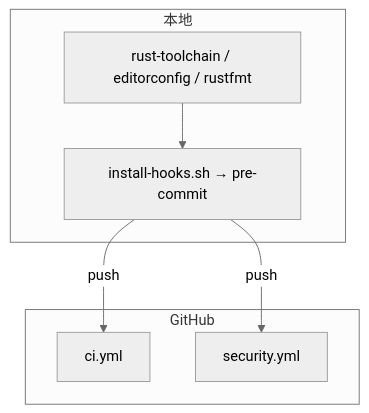
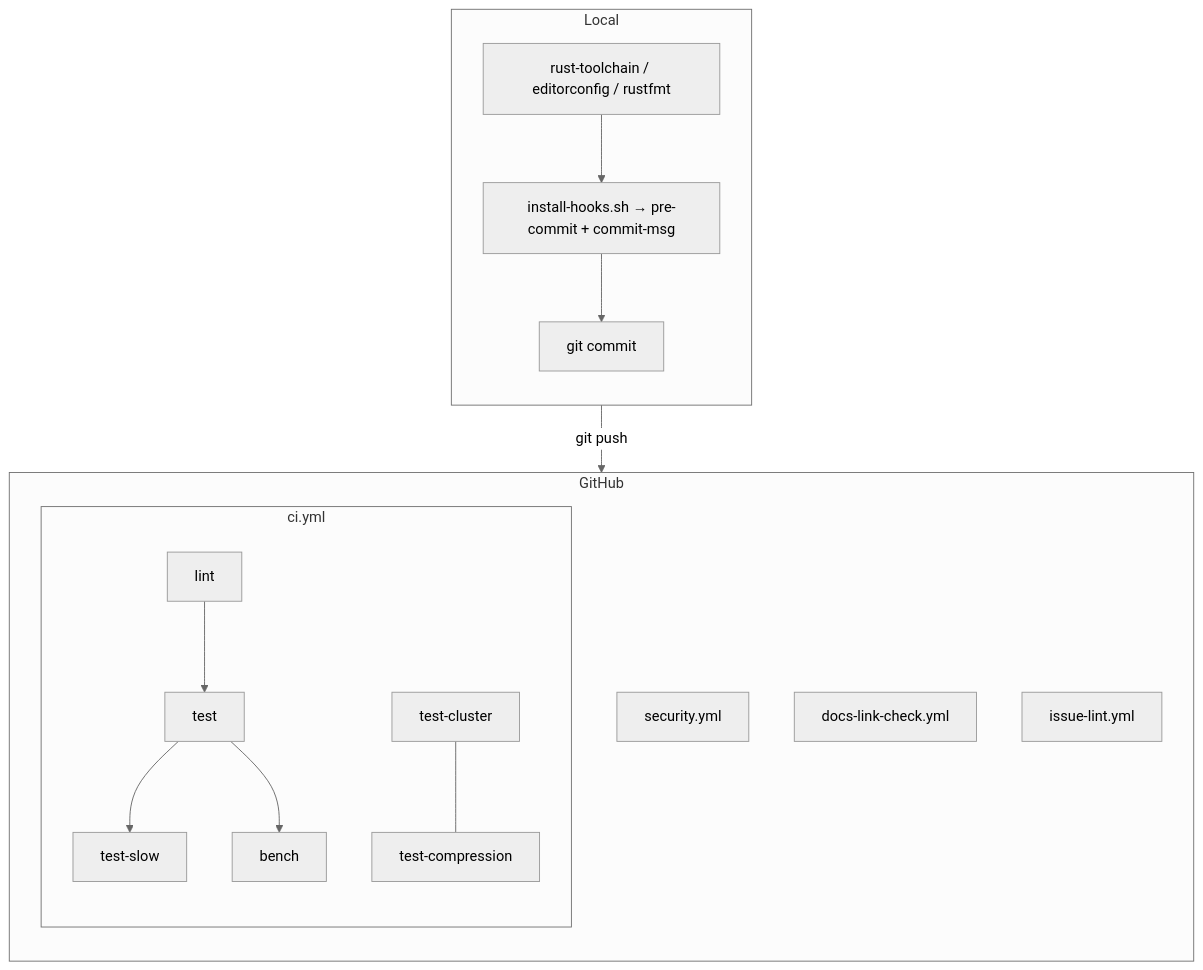
One commit to Genuineh/AiDb changed the diagram in .github/README.md. Above: the diagram before and after it, drawn with Mermaid (neutral theme). The commit also changed other lines of this file and 248 other files, not shown here.

````diff
--- a/.github/README.md
+++ b/.github/README.md
@@ -7,16 +12,27 @@
 ```mermaid
 flowchart TB
-    subgraph local [本地]
+    subgraph local [Local]
+        direction TB
         RT[rust-toolchain / editorconfig / rustfmt]
-        HOOK[install-hooks.sh → pre-commit]
+        HOOK[install-hooks.sh → pre-commit + commit-msg]
+        C[git commit]
         RT --> HOOK
+        HOOK --> C
     end
 
     subgraph remote [GitHub]
-        CI[ci.yml]
+        direction TB
+        subgraph CIJ [ci.yml]
+            direction TB
+            L[lint] --> T[test]
+            T --> TSL[test-slow]
+            T --> B[bench]
+            TC[test-cluster] --- TP[test-compression]
+        end
         SEC[security.yml]
+        DL[docs-link-check.yml]
+        IL[issue-lint.yml]
     end
 
-    HOOK -->|push| CI
-    HOOK -->|push| SEC
+    C -->|git push| remote
 ```
````
